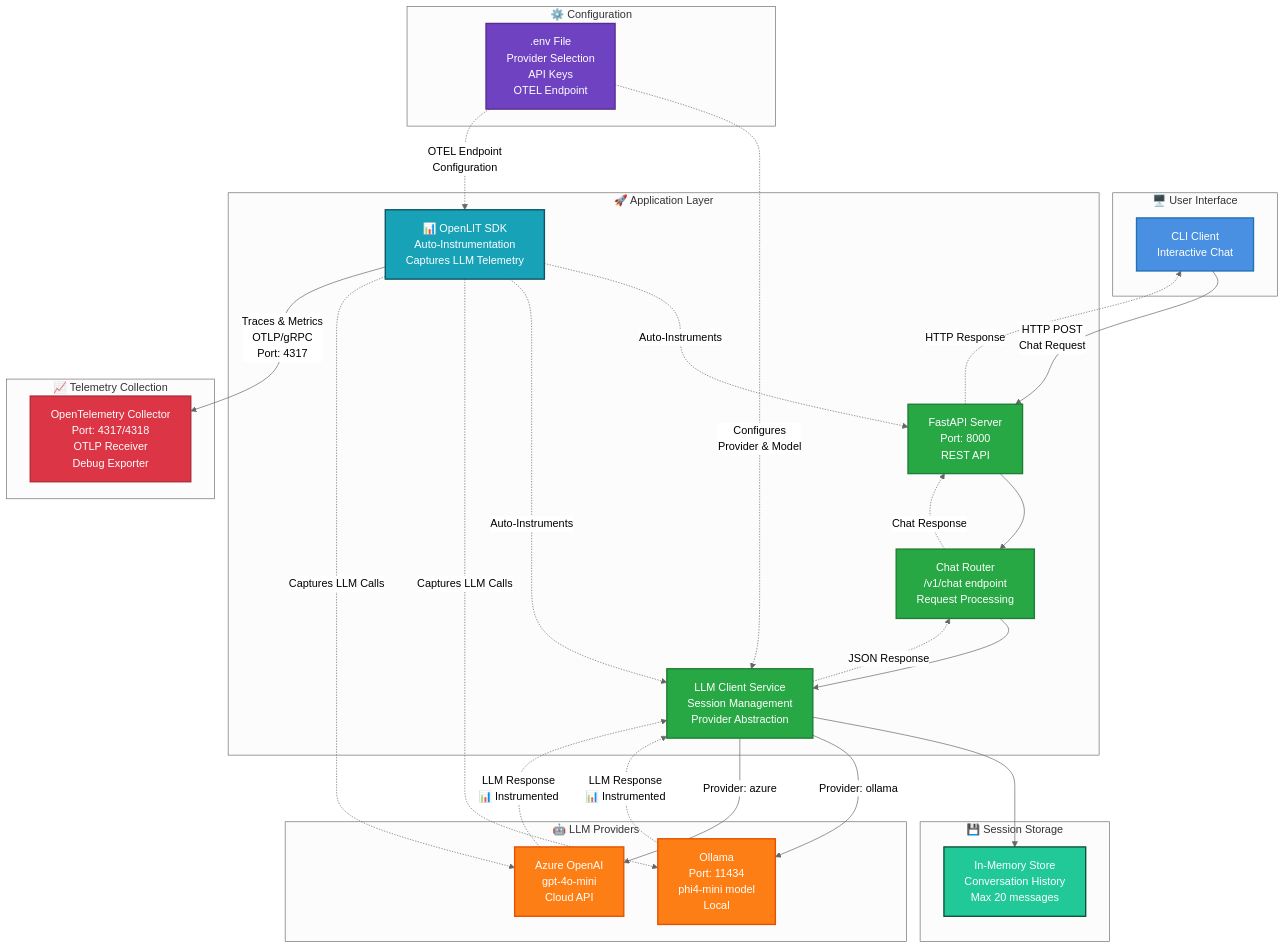
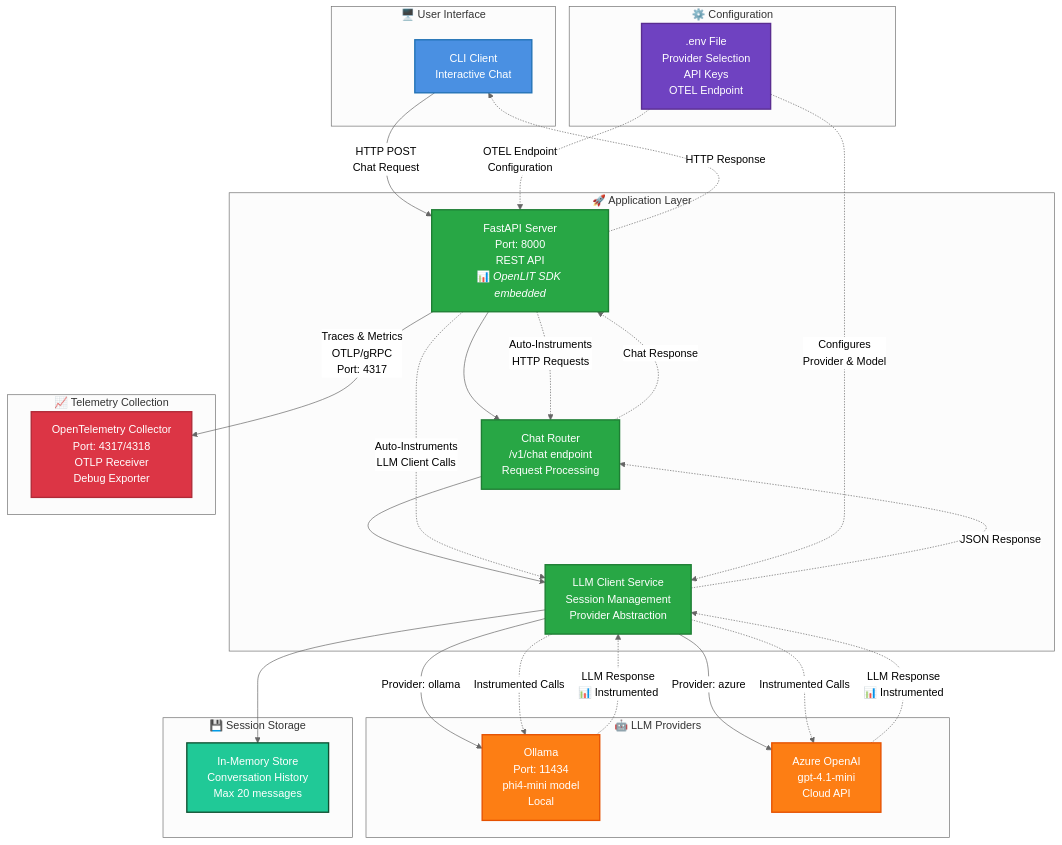
One commit to llm-oss-labs/aideveu25-llm-obs changed the diagram in labs/LAB_02_BASIC_OBSERVABILITY.md. Above: the diagram before and after it, drawn with Mermaid (neutral theme). The commit also changed 6 other files, not shown here.

````diff
--- a/labs/LAB_02_BASIC_OBSERVABILITY.md
+++ b/labs/LAB_02_BASIC_OBSERVABILITY.md
@@ -8,77 +8,75 @@
 ```mermaid
 flowchart TB
     subgraph UI["🖥️ User Interface"]
         CLI["CLI Client<br/>Interactive Chat"]
     end
 
     subgraph APP["🚀 Application Layer"]
-        API["FastAPI Server<br/>Port: 8000<br/>REST API"]
+        API["FastAPI Server<br/>Port: 8000<br/>REST API<br/>📊 <i>OpenLIT SDK embedded</i>"]
         ROUTER["Chat Router<br/>/v1/chat endpoint<br/>Request Processing"]
         CLIENT["LLM Client Service<br/>Session Management<br/>Provider Abstraction"]
-        OPENLIT["📊 OpenLIT SDK<br/>Auto-Instrumentation<br/>Captures LLM Telemetry"]
     end
 
     subgraph PROVIDERS["🤖 LLM Providers"]
         OLLAMA["Ollama<br/>Port: 11434<br/>phi4-mini model<br/>Local"]
-        AZURE["Azure OpenAI<br/>gpt-4o-mini<br/>Cloud API"]
+        AZURE["Azure OpenAI<br/>gpt-4.1-mini<br/>Cloud API"]
     end
 
     subgraph COLLECTOR["📈 Telemetry Collection"]
         OTELCOL["OpenTelemetry Collector<br/>Port: 4317/4318<br/>OTLP Receiver<br/>Debug Exporter"]
     end
 
     subgraph STORAGE["💾 Session Storage"]
         MEMORY["In-Memory Store<br/>Conversation History<br/>Max 20 messages"]
     end
 
     subgraph CONFIG["⚙️ Configuration"]
         ENV[".env File<br/>Provider Selection<br/>API Keys<br/>OTEL Endpoint"]
     end
 
     %% Request Flow
     CLI -->|HTTP POST<br/>Chat Request| API
     API --> ROUTER
     ROUTER --> CLIENT
     CLIENT --> MEMORY
     
     %% Provider Selection
     CLIENT -->|Provider: ollama| OLLAMA
     CLIENT -->|Provider: azure| AZURE
     
-    %% OpenLIT Instrumentation (embedded in application)
-    OPENLIT -.->|Auto-Instruments| API
-    OPENLIT -.->|Auto-Instruments| CLIENT
-    OPENLIT -.->|Captures LLM Calls| OLLAMA
-    OPENLIT -.->|Captures LLM Calls| AZURE
+    %% OpenLIT Instrumentation (embedded within FastAPI server)
+    API -.->|Auto-Instruments<br/>HTTP Requests| ROUTER
+    API -.->|Auto-Instruments<br/>LLM Client Calls| CLIENT
+    CLIENT -.->|Instrumented Calls| OLLAMA
+    CLIENT -.->|Instrumented Calls| AZURE
     
     %% Telemetry Flow to Collector
-    OPENLIT -->|Traces & Metrics<br/>OTLP/gRPC<br/>Port: 4317| OTELCOL
+    API -->|Traces & Metrics<br/>OTLP/gRPC<br/>Port: 4317| OTELCOL
     
     %% Configuration
     ENV -.->|Configures<br/>Provider & Model| CLIENT
-    ENV -.->|OTEL Endpoint<br/>Configuration| OPENLIT
+    ENV -.->|OTEL Endpoint<br/>Configuration| API
     
     %% Response Flow (dashed)
     OLLAMA -.->|LLM Response<br/>📊 Instrumented| CLIENT
     AZURE -.->|LLM Response<br/>📊 Instrumented| CLIENT
     CLIENT -.->|JSON Response| ROUTER
     ROUTER -.->|Chat Response| API
     API -.->|HTTP Response| CLI
 
     %% Enhanced Styling
     classDef userInterface fill:#4A90E2,stroke:#2171b5,stroke-width:2px,color:#fff
     classDef application fill:#28a745,stroke:#1e7e34,stroke-width:2px,color:#fff
     classDef providers fill:#fd7e14,stroke:#e55100,stroke-width:2px,color:#fff
     classDef collector fill:#dc3545,stroke:#b02a37,stroke-width:2px,color:#fff
     classDef config fill:#6f42c1,stroke:#5a2d91,stroke-width:2px,color:#fff
     classDef storage fill:#20c997,stroke:#0f5132,stroke-width:2px,color:#fff
     classDef observability fill:#17a2b8,stroke:#0c5460,stroke-width:2px,color:#fff
 
     class CLI userInterface
     class API,ROUTER,CLIENT application
-    class OPENLIT observability
     class OLLAMA,AZURE providers
     class OTELCOL collector
     class ENV config
     class MEMORY storage
 ```
````
